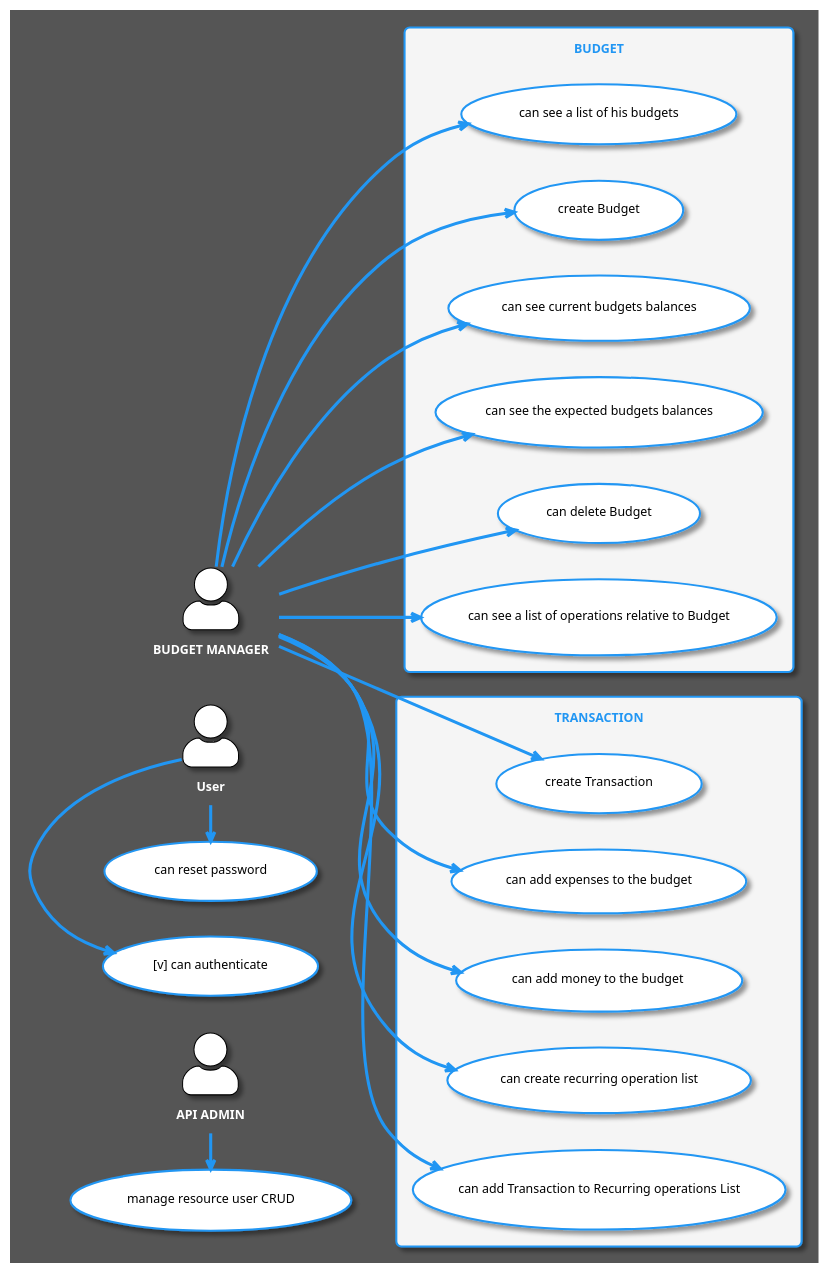
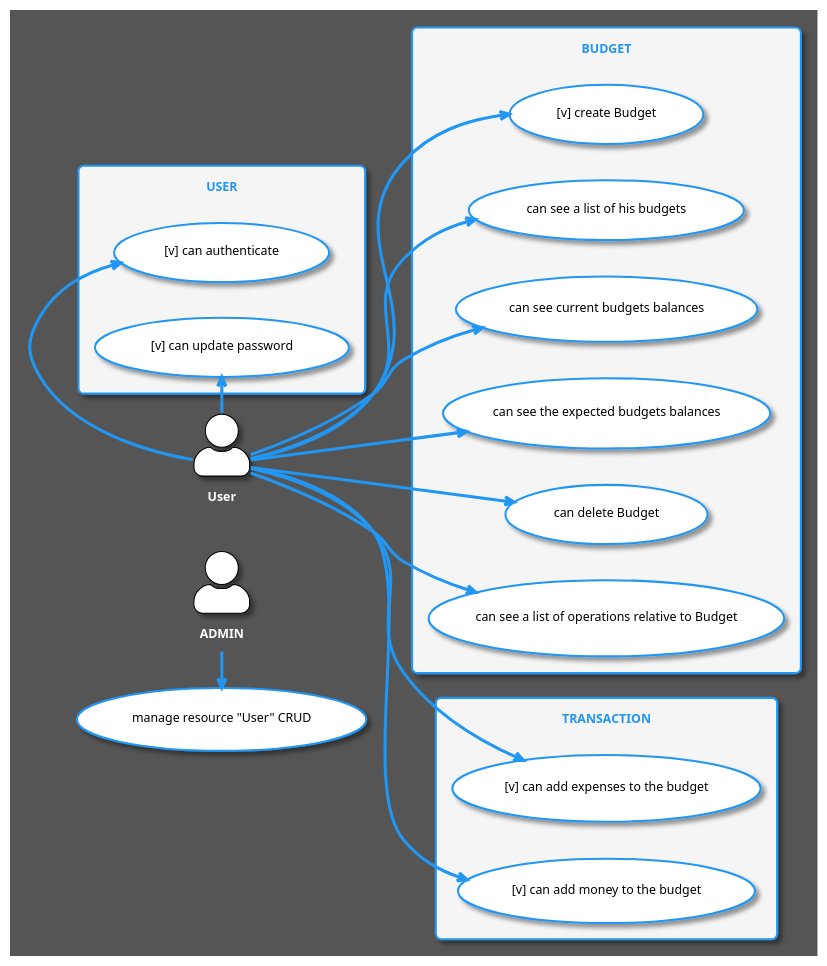
Before and after one commit to hello-devs/budget-manager-api: the diagram in docs/use-case/general-diagram.puml, drawn with PlantUML.

Commit message:
docs: Update usecases diagram

```diff
--- a/docs/use-case/general-diagram.puml
+++ b/docs/use-case/general-diagram.puml
@@ -1,50 +1,46 @@
 @startuml
 !theme materia
 skinparam actorStyle awesome
 skinparam roundcorner 10
 skinparam BackgroundColor #555555
 skinparam usecase{
     BackgroundColor white
     FontColor black
 }
 skinparam Actor{
     BackgroundColor white
     BorderColor black
     FontColor white
     FontStyle bold
 }
 skinparam rectangle{
     BackgroundColor WhiteSmoke
 }
 left to right direction
 '----------------------------------------------
 
+actor :ADMIN: as ADM
 actor :User: as U
-actor :API ADMIN: as ADM
-actor :BUDGET MANAGER: as BM
 
-ADM -> (manage resource user CRUD)
+ADM -> (manage resource "User" CRUD)
 
-U -> ([v] can authenticate)
-U -> (can reset password)
-
-
+rectangle USER{
+    U -> ([v] can authenticate)
+    U -> ([v] can update password)
+}
 
 rectangle BUDGET{
-    BM --> (can see a list of his budgets)
-    BM --> (create Budget)
-    BM --> (can see current budgets balances)
-    BM --> (can see the expected budgets balances)
-    BM --> (can delete Budget)
-    BM --> (can see a list of operations relative to Budget)
+    U --> ([v] create Budget)
+    U --> (can see a list of his budgets)
+    U --> (can see current budgets balances)
+    U --> (can see the expected budgets balances)
+    U --> (can delete Budget)
+    U --> (can see a list of operations relative to Budget)
 }
 rectangle TRANSACTION{
- BM --> (create Transaction)
- BM --> (can add expenses to the budget)
- BM --> (can add money to the budget )
- BM --> (can create recurring operation list)
- BM --> (can add Transaction to Recurring operations List)
+ U --> ([v] can add expenses to the budget)
+ U --> ([v] can add money to the budget)
 }
 
 
 @enduml
```
